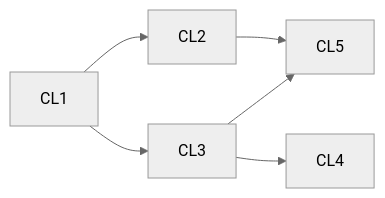
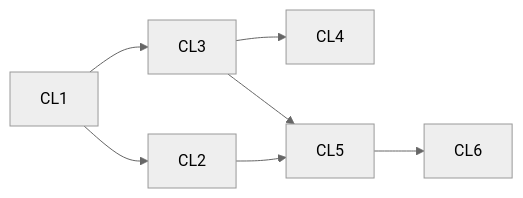
Before and after one commit to jhoblitt/rgw-go: the tenth of 10 diagrams in docs/superpowers/plans/2026-10-13-phase-2/dependencies.md, drawn with Mermaid (neutral theme). The commit also changed other lines of this file, not shown here.

Commit message:
docs(plan): regenerate the dependency graph for CL6

````diff
--- a/docs/superpowers/plans/2026-10-13-phase-2/dependencies.md
+++ b/docs/superpowers/plans/2026-10-13-phase-2/dependencies.md
@@ -918,18 +918,21 @@
 ```mermaid
 flowchart LR
   t_CL1["CL1"]
   t_CL2["CL2"]
   t_CL3["CL3"]
   t_CL4["CL4"]
   t_CL5["CL5"]
+  t_CL6["CL6"]
   t_CL1 --> t_CL2
   t_CL1 --> t_CL3
   t_CL3 --> t_CL4
   t_CL2 --> t_CL5
   t_CL3 --> t_CL5
+  t_CL5 --> t_CL6
   click t_CL1 href "https://github.com/jhoblitt/rgw-go/blob/main/docs/superpowers/plans/2026-10-13-phase-2/CL-citation-links.md#task-cl1-hackcitecheck-links-are-the-only-citation-form" "CL1: hack/citecheck, links are the only citation form"
   click t_CL2 href "https://github.com/jhoblitt/rgw-go/blob/main/docs/superpowers/plans/2026-10-13-phase-2/CL-citation-links.md#task-cl2-the-markdown-sweep" "CL2: the Markdown sweep"
   click t_CL3 href "https://github.com/jhoblitt/rgw-go/blob/main/docs/superpowers/plans/2026-10-13-phase-2/CL-citation-links.md#task-cl3-hackcitecheck-ceph-citations-in-go-comments" "CL3: hack/citecheck, Ceph citations in Go comments"
   click t_CL4 href "https://github.com/jhoblitt/rgw-go/blob/main/docs/superpowers/plans/2026-10-13-phase-2/CL-citation-links.md#task-cl4-the-go-comment-sweep" "CL4: the Go-comment sweep"
   click t_CL5 href "https://github.com/jhoblitt/rgw-go/blob/main/docs/superpowers/plans/2026-10-13-phase-2/CL-citation-links.md#task-cl5-hackcitecheck-plain-ceph-citations-in-markdown" "CL5: hack/citecheck, plain Ceph citations in Markdown"
+  click t_CL6 href "https://github.com/jhoblitt/rgw-go/blob/main/docs/superpowers/plans/2026-10-13-phase-2/CL-citation-links.md#task-cl6-hackcitecheck-an-existing-links-lines-hold-what-its-text-names" "CL6: hack/citecheck, an existing link's lines hold what its text names"
 ```
````
